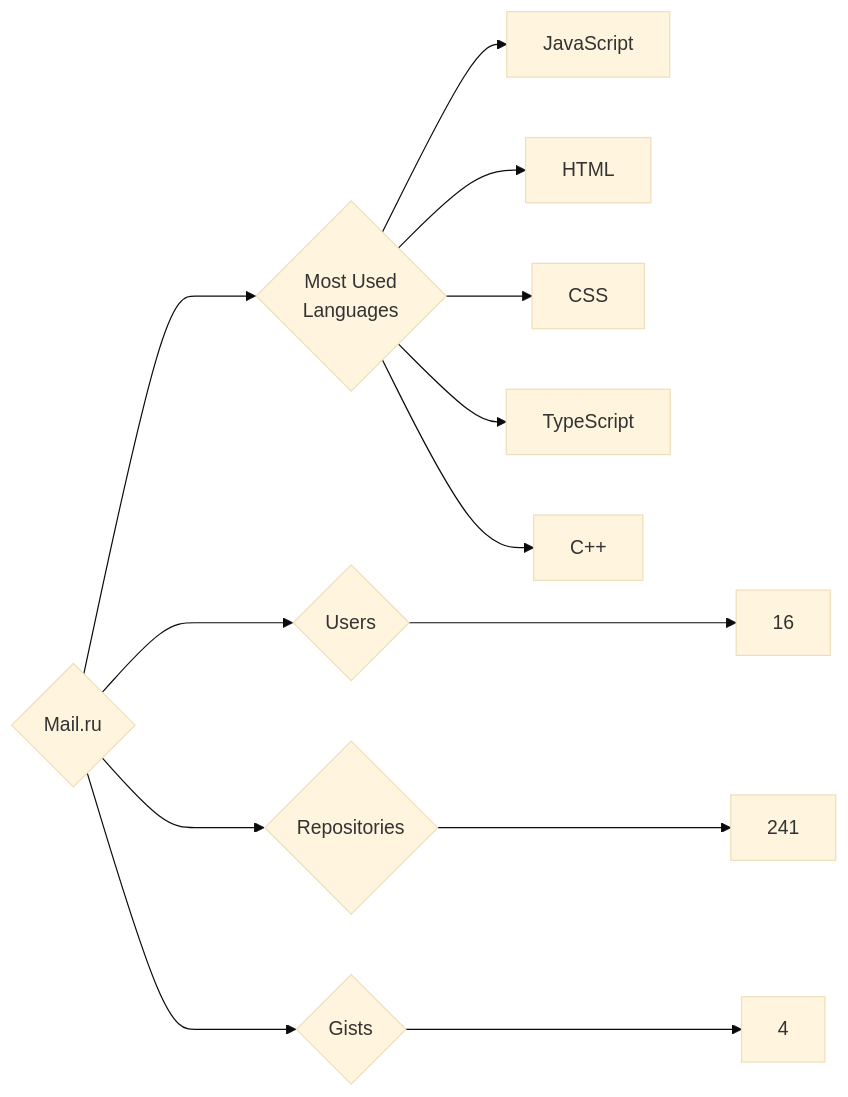
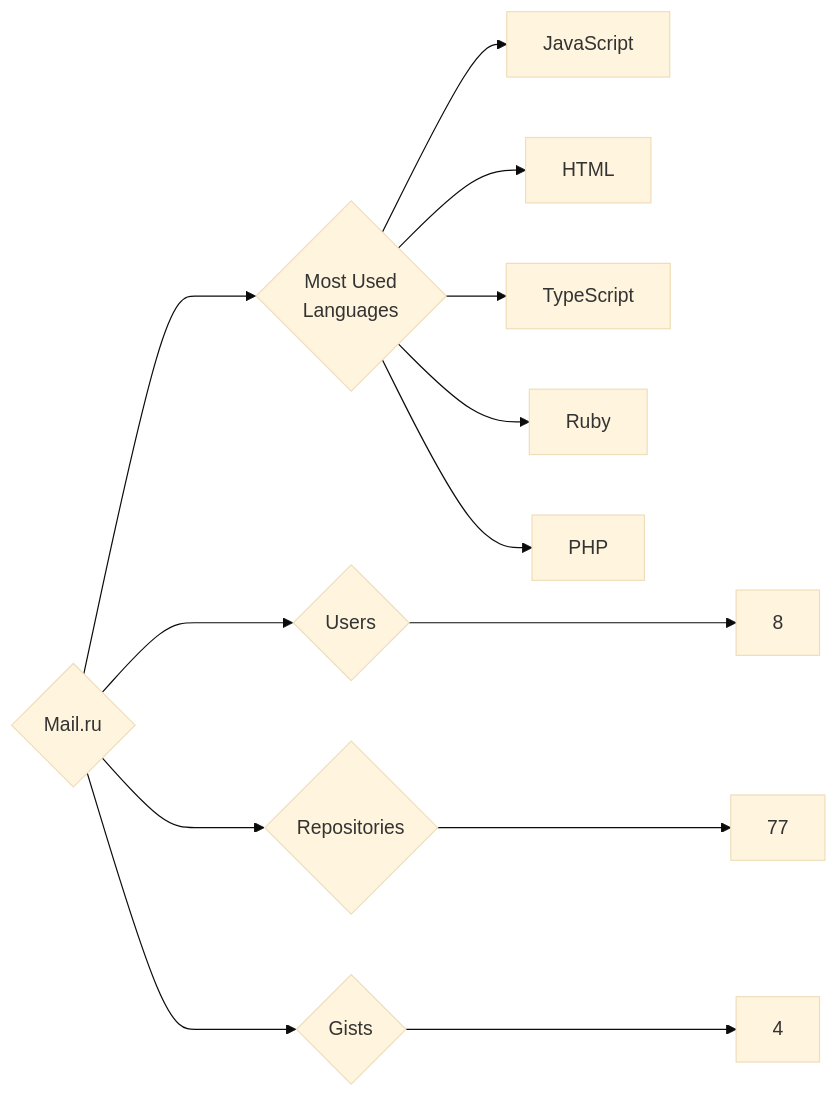
Before and after one commit to trickest/insiders: the diagram in targets/Mail.ru/README.md, drawn with Mermaid (base theme). The commit also changed 870 other files, not shown here.

````diff
--- a/targets/Mail.ru/README.md
+++ b/targets/Mail.ru/README.md
@@ -3,13 +3,13 @@
 ```mermaid
 graph LR
 COMPANY_NAME{Mail.ru}
-COMPANY_NAME ---> U{Users} ---> UN[16]
-COMPANY_NAME ---> R{Repositories} ---> RN[241]
+COMPANY_NAME ---> U{Users} ---> UN[8]
+COMPANY_NAME ---> R{Repositories} ---> RN[77]
 COMPANY_NAME ---> G{Gists} ---> GN[4]
 COMPANY_NAME ---> ML{Most Used<br>Languages}
 ML --> JavaScript[JavaScript]
 ML --> HTML[HTML]
-ML --> CSS[CSS]
 ML --> TypeScript[TypeScript]
-ML --> C++[C++]
+ML --> Ruby[Ruby]
+ML --> PHP[PHP]
 ```
````
